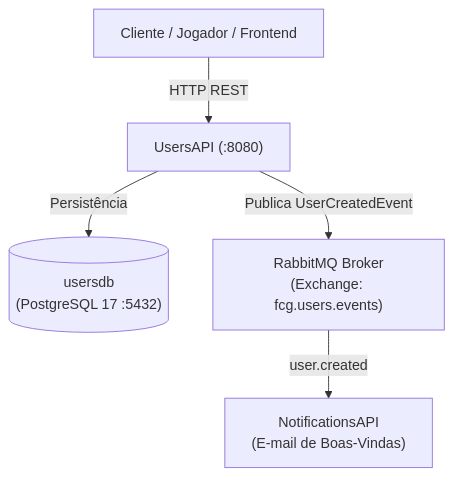
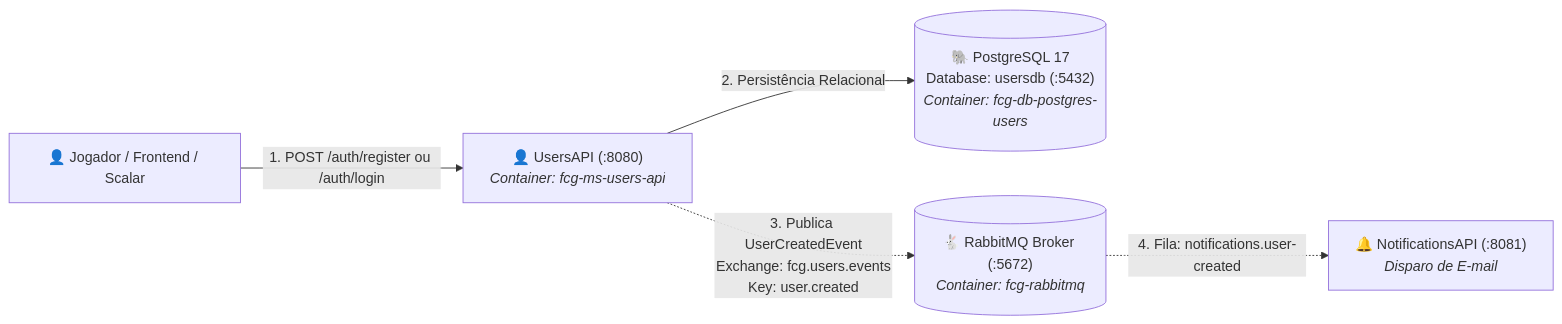
The diagram in README.md (idgrego/fcg-fase-02--users), drawn with Mermaid before and after one commit. The commit also changed other lines of this file and 3 other files, not shown here.

````diff
--- a/README.md
+++ b/README.md
@@ -76,7 +55,10 @@
 ```mermaid
-graph TD
-    Client["Cliente / Jogador / Frontend"] -->|HTTP REST| API["UsersAPI (:8080)"]
-    API -->|Persistência| DB[("usersdb<br/>(PostgreSQL 17 :5432)")]
-    API -->|Publica UserCreatedEvent| Rabbit["RabbitMQ Broker<br/>(Exchange: fcg.users.events)"]
-    Rabbit -->|user.created| Notif["NotificationsAPI<br/>(E-mail de Boas-Vindas)"]
+graph LR
+    Client["👤 Jogador / Frontend / Scalar"] -->|"1. POST /auth/register ou /auth/login"| UsersAPI["👤 UsersAPI (:8080)<br/><i>Container: fcg-ms-users-api</i>"]
+    
+    UsersAPI -->|"2. Persistência Relacional"| DB[("🐘 PostgreSQL 17<br/>Database: usersdb (:5432)<br/><i>Container: fcg-db-postgres-users</i>")]
+    
+    UsersAPI -.->|"3. Publica UserCreatedEvent<br/>Exchange: fcg.users.events<br/>Key: user.created"| Broker[("🐇 RabbitMQ Broker (:5672)<br/><i>Container: fcg-rabbitmq</i>")]
+    
+    Broker -.->|"4. Fila: notifications.user-created"| Notif["🔔 NotificationsAPI (:8081)<br/><i>Disparo de E-mail</i>"]
 ```
````
